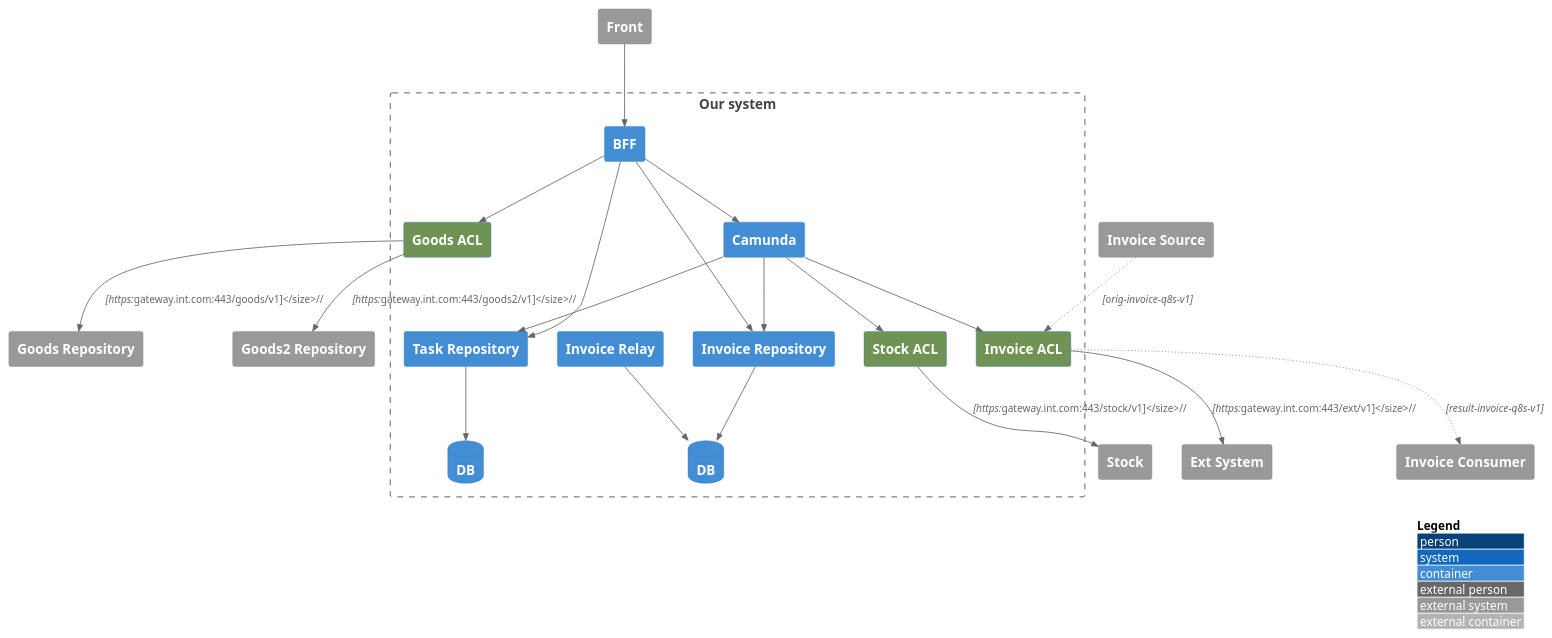
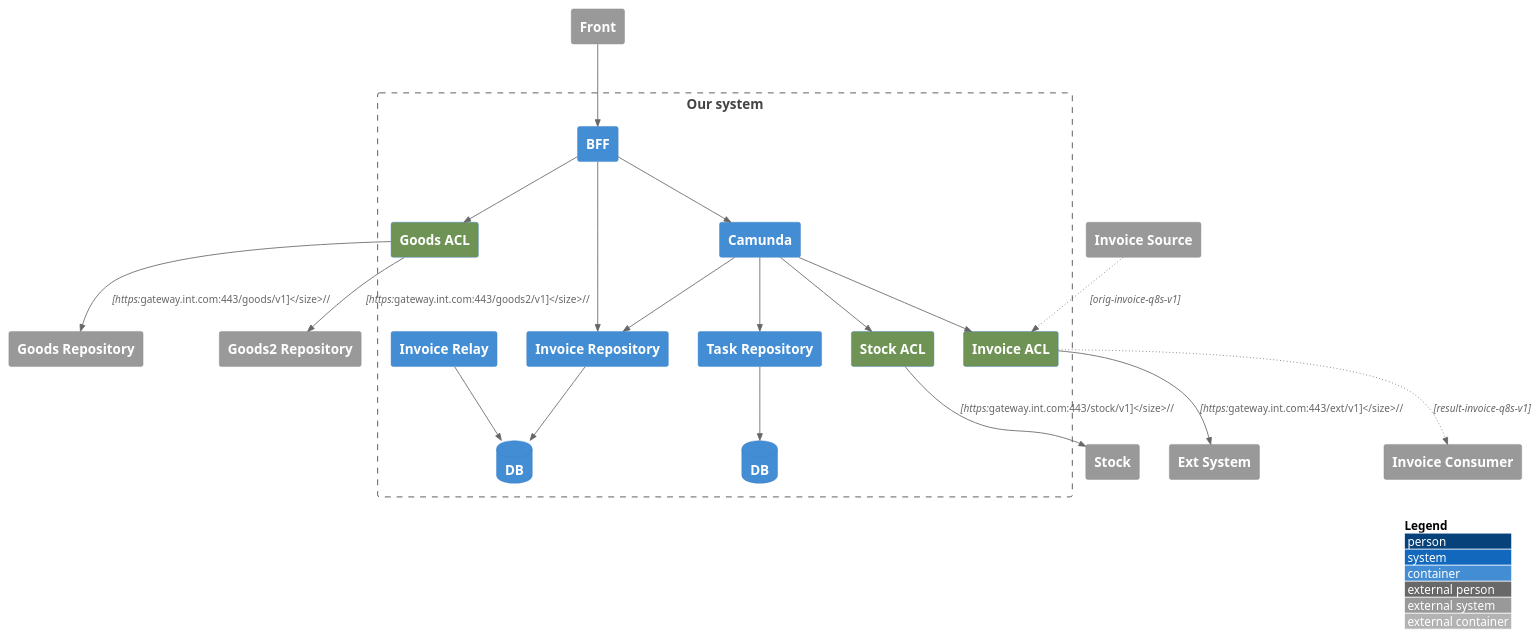
The diagram in architecture/C4L2.puml (Byndyusoft/aact), drawn with PlantUML before and after one commit. The commit also changed 1 other file, not shown here.

```diff
--- a/architecture/C4L2.puml
+++ b/architecture/C4L2.puml
@@ -1,55 +1,54 @@
 @startuml "Demo Tests"
 !include https://raw.githubusercontent.com/plantuml-stdlib/C4-PlantUML/master/C4_Container.puml
 
 LAYOUT_WITH_LEGEND()
 
 AddRelTag("async",  $lineStyle = DottedLine())
 AddElementTag("acl",  $bgColor = "#6F9355")
 
 System_Ext(stock, "Stock")
 System_Ext(ext_system, "Ext System")
 System_Ext(invoice_source, "Invoice Source")
 System_Ext(invoice_dest, "Invoice Consumer")
 System_Ext(goods_repository, "Goods Repository")
 System_Ext(goods2_repository, "Goods2 Repository")
 System_Ext(front, "Front")
 
 Boundary(our_system, "Our system"){
         Container(bff, "BFF")
         Container(goods_acl, "Goods ACL", "", "", $tags="acl")
         Container(camunda, "Camunda")
         Container(task_repository, "Task Repository", "", "", $tags="repo")
         Container(invoice_repository, "Invoice Repository", "", "", $tags="repo")
         Container(invoice_acl, "Invoice ACL", "", "", $tags="acl")
         Container(stock_acl, "Stock ACL", "", "", $tags="acl")
 
         ContainerDb(task_repository_db,"DB")
         ContainerDb(invoice_repository_db,"DB")
 
         Container(invoice_relay, "Invoice Relay", "", "", $tags="relay")
 }
 
 Rel(front, bff, "")
 Rel(bff, camunda, "")
 Rel(camunda, stock_acl, "")
 Rel(stock_acl, stock, "", "https://gateway.int.com:443/stock/v1")
 
 Rel(bff, goods_acl, "")
 Rel(goods_acl, goods_repository, "", "https://gateway.int.com:443/goods/v1")
 Rel(goods_acl, goods2_repository, "", "https://gateway.int.com:443/goods2/v1")
 
-Rel(bff, task_repository, "")
 Rel(task_repository, task_repository_db, "")
 
 Rel(bff, invoice_repository, "")
 Rel(invoice_repository, invoice_repository_db, "")
 Rel(invoice_relay, invoice_repository_db, "")
 
 Rel(camunda, task_repository, "")
 Rel(camunda, invoice_repository, "")
 Rel(camunda, invoice_acl, "")
 Rel(invoice_source, invoice_acl, "", "orig-invoice-q8s-v1", $tags="async")
 Rel(invoice_acl, invoice_dest, "", "result-invoice-q8s-v1", $tags="async")
 Rel(invoice_acl, ext_system, "", "https://gateway.int.com:443/ext/v1")
 
 @enduml
```
